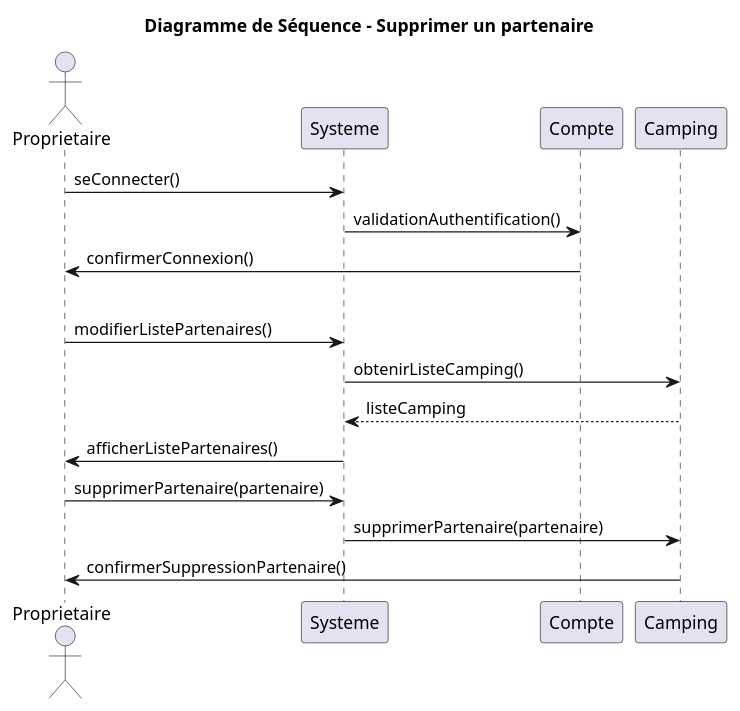
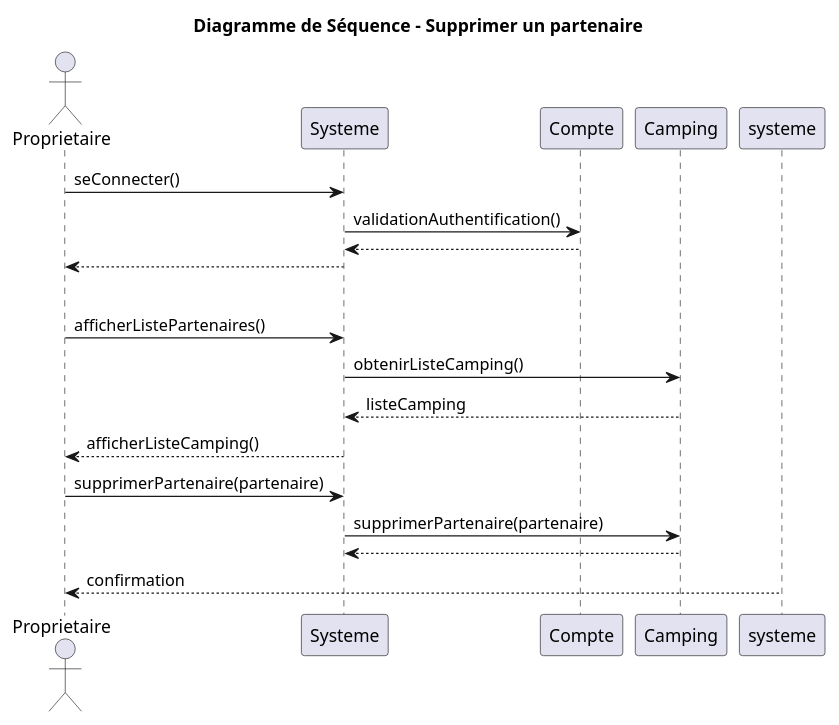
One commit to Egario54/ProjetClubNautique changed the diagram in UML/Diagramme_séquence_supprimer_partenaire.puml. Above: the diagram before and after it, drawn with PlantUML. The commit also changed 2 other files, not shown here.

```diff
--- a/UML/Diagramme_séquence_supprimer_partenaire.puml
+++ b/UML/Diagramme_séquence_supprimer_partenaire.puml
@@ -1,25 +1,27 @@
 @startuml
 title Diagramme de Séquence - Supprimer un partenaire
 actor Proprietaire
 participant Systeme
 participant Compte
 participant Camping
 
 'Connexion à un compte'
 Proprietaire -> Systeme: seConnecter()
 Systeme -> Compte: validationAuthentification()
-Compte -> Proprietaire: confirmerConnexion()
+return
+Systeme --> Proprietaire
 
 'Séparation'
 |||
 
 'Ajouter un partenaire'
-Proprietaire -> Systeme: modifierListePartenaires()
+Proprietaire -> Systeme: afficherListePartenaires()
 Systeme -> Camping: obtenirListeCamping()
 Camping --> Systeme: listeCamping
-Systeme -> Proprietaire: afficherListePartenaires()
+Systeme --> Proprietaire: afficherListeCamping()
 
 Proprietaire -> Systeme: supprimerPartenaire(partenaire)
 Systeme -> Camping: supprimerPartenaire(partenaire)
-Camping -> Proprietaire: confirmerSuppressionPartenaire()
+return
+systeme --> Proprietaire: confirmation
 @enduml
```
